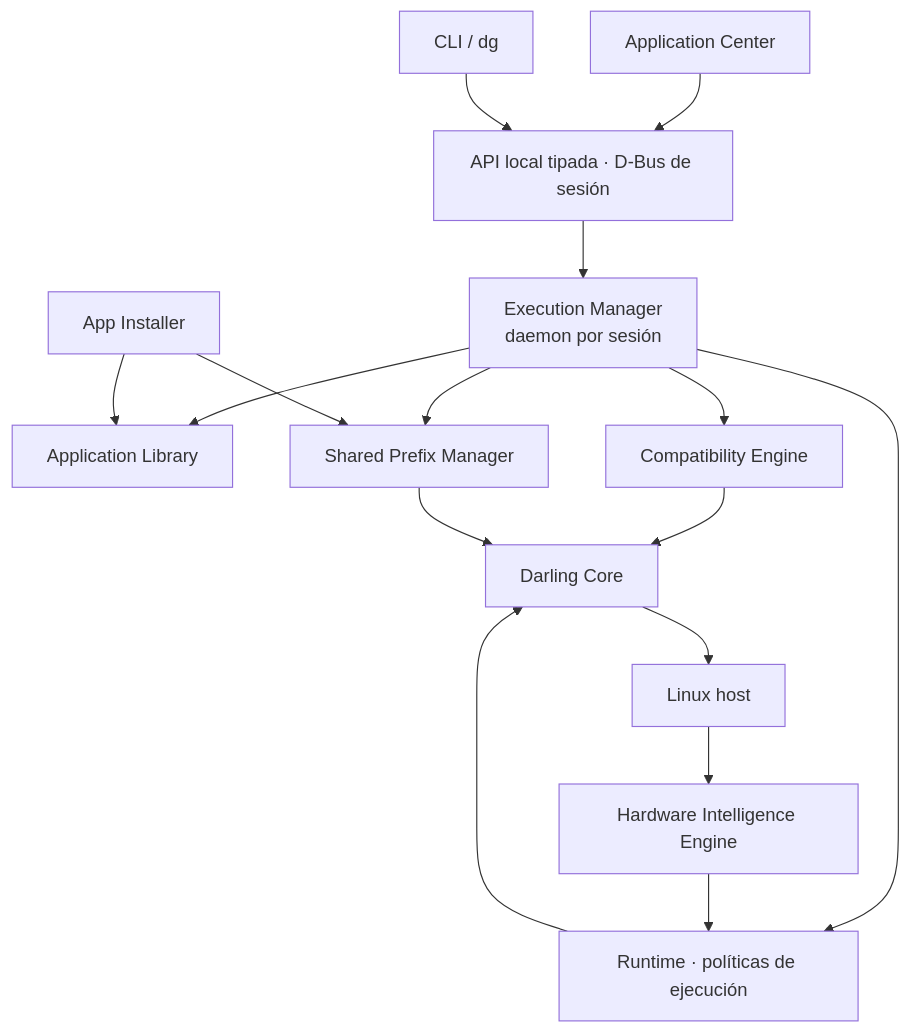
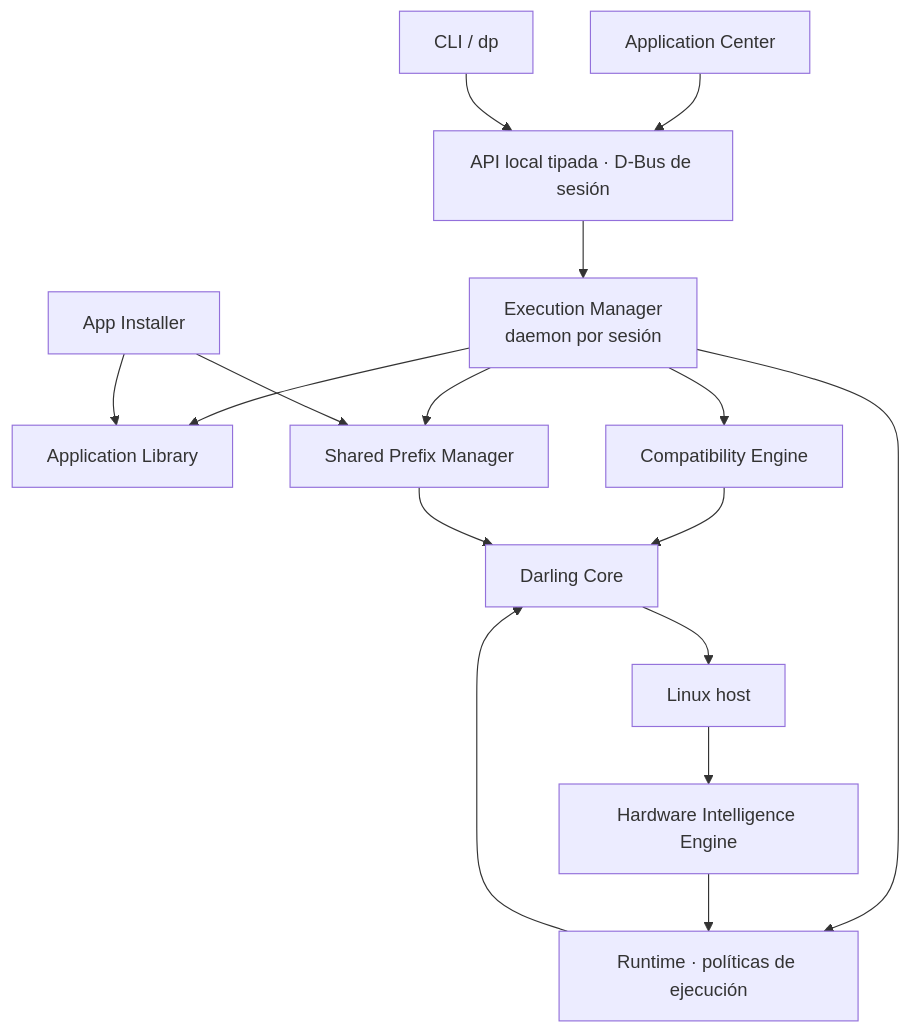
The diagram in README.md (leav-dev/darling_plataform), drawn with Mermaid before and after one commit. The commit also changed other lines of this file, not shown here.

Commit message:
Renombrar binary de dg a dp: actualizar referencias en README tras el cambio de nombre de proyecto de darling gaming a darling platform

````diff
--- a/README.md
+++ b/README.md
@@ -53,31 +53,31 @@
 ```mermaid
 flowchart TB
     UI["Application Center"]
-    CLI["CLI / dg"]
+    CLI["CLI / dp"]
     IPC["API local tipada · D-Bus de sesión"]
     DEM["Execution Manager<br/>daemon por sesión"]
     INSTALL["App Installer"]
     LIB["Application Library"]
     COMP["Compatibility Engine"]
     SPM["Shared Prefix Manager"]
     DHI["Hardware Intelligence Engine"]
     RUNTIME["Runtime · políticas de ejecución"]
     DARLING["Darling Core"]
     HOST["Linux host"]
 
     UI --> IPC
     CLI --> IPC
     IPC --> DEM
     DEM --> LIB
     DEM --> SPM
     DEM --> COMP
     DEM --> RUNTIME
     INSTALL --> LIB
     INSTALL --> SPM
     COMP --> DARLING
     DHI --> RUNTIME
     HOST --> DHI
     RUNTIME --> DARLING
     SPM --> DARLING
     DARLING --> HOST
 ```
````
